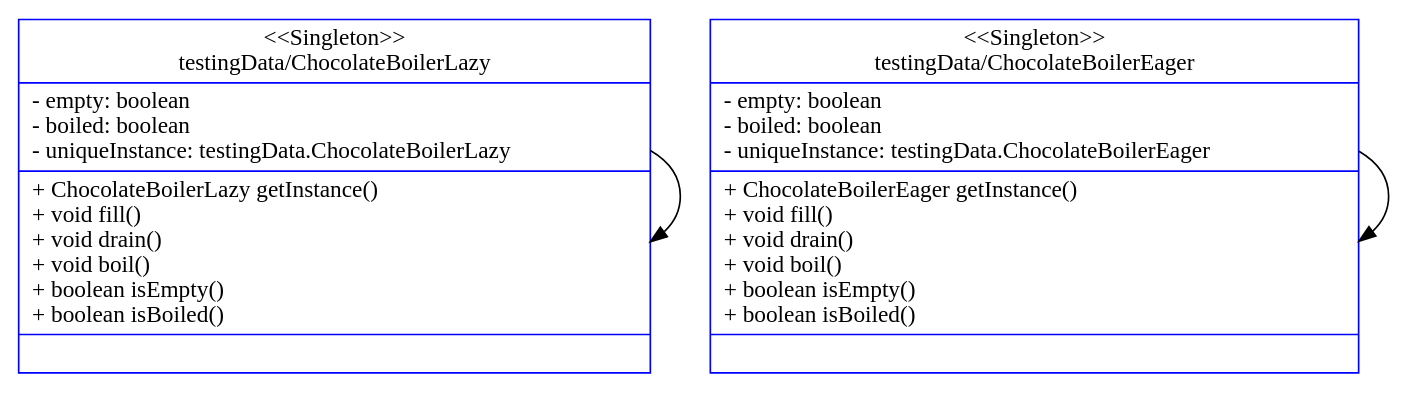
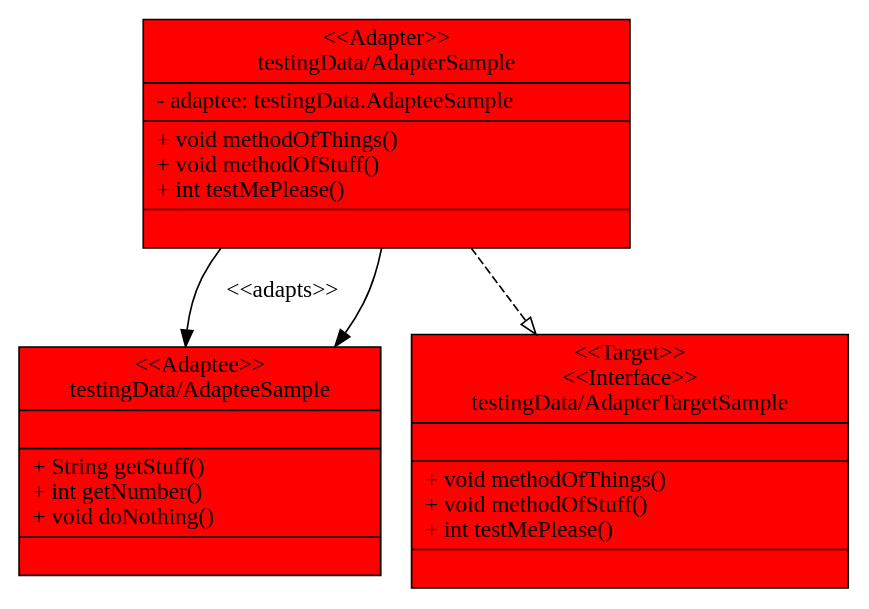
The diagram in input_output/temp.dot (csse374project/project), drawn with Graphviz before and after one commit. The commit also changed 5 other files, not shown here.

```diff
--- a/input_output/temp.dot
+++ b/input_output/temp.dot
@@ -1,37 +1,50 @@
 digraph UML {
 
 	node [
 		shape = "record"
 	]
 
-	ChocolateBoilerLazy [
-		label = "{\<\<Singleton\>\>\ntestingData/ChocolateBoilerLazy|- empty: boolean\l- boiled: boolean\l- uniqueInstance: testingData.ChocolateBoilerLazy\l|+ ChocolateBoilerLazy getInstance()\l+ void fill()\l+ void drain()\l+ void boil()\l+ boolean isEmpty()\l+ boolean isBoiled()\l|}"
-		color=blue
+	AdapterSample [
+		label = "{\<\<Adapter\>\>\ntestingData/AdapterSample|- adaptee: testingData.AdapteeSample\l|+ void methodOfThings()\l+ void methodOfStuff()\l+ int testMePlease()\l|}"
+		style=filled
+		fillcolor=red
+
 	]
 
-	ChocolateBoilerEager [
-		label = "{\<\<Singleton\>\>\ntestingData/ChocolateBoilerEager|- empty: boolean\l- boiled: boolean\l- uniqueInstance: testingData.ChocolateBoilerEager\l|+ ChocolateBoilerEager getInstance()\l+ void fill()\l+ void drain()\l+ void boil()\l+ boolean isEmpty()\l+ boolean isBoiled()\l|}"
-		color=blue
+	AdapterSample -> AdapteeSample [label = "\<\<adapts\>\>"]
+
+	AdapterTargetSample [
+		label = "{\<\<Target\>\>\n\<\<Interface\>\>\ntestingData/AdapterTargetSample||+ void methodOfThings()\l+ void methodOfStuff()\l+ int testMePlease()\l|}"
+		style=filled
+		fillcolor=red
+
+	]
+
+	AdapteeSample [
+		label = "{\<\<Adaptee\>\>\ntestingData/AdapteeSample||+ String getStuff()\l+ int getNumber()\l+ void doNothing()\l|}"
+		style=filled
+		fillcolor=red
+
 	]
 
 	edge [
 		arrowhead = "empty"
 	]
 
 	edge [
 		style = "dashed"
 	]
 
+	AdapterSample -> AdapterTargetSample
+
 	edge [
 		arrowhead = "normal" style = "solid"
 	]
 
-	ChocolateBoilerLazy -> ChocolateBoilerLazy
-
-	ChocolateBoilerEager -> ChocolateBoilerEager
+	AdapterSample -> AdapteeSample
 
 	edge [
 		arrowhead = "normal" style = "dashed"
 	]
 
 }
```
